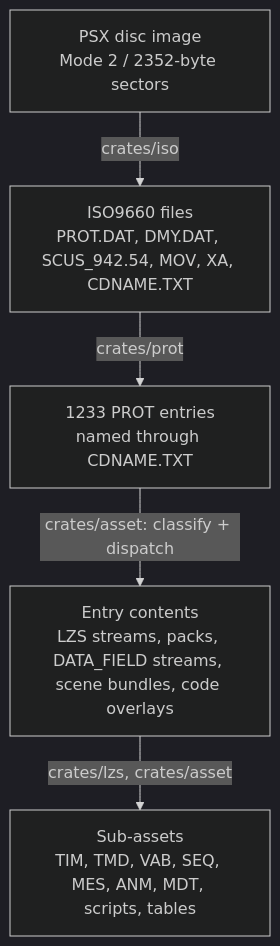
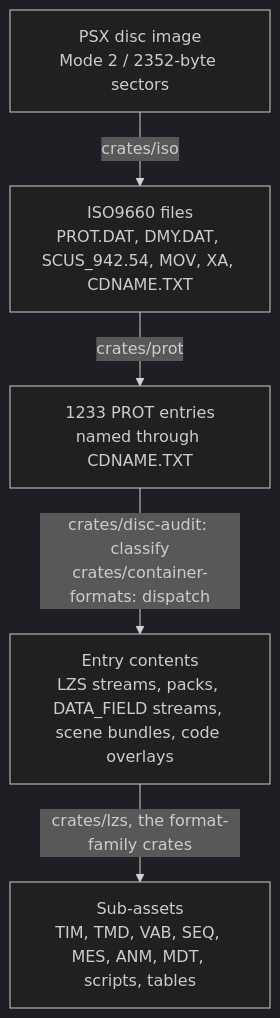
Before and after one commit to AndrewAltimit/legend-of-legaia-re: the first of 2 diagrams in docs/overview.md, drawn with Mermaid (dark theme). The commit also changed other lines of this file and 4273 other files, not shown here.

````diff
--- a/docs/overview.md
+++ b/docs/overview.md
@@ -22,13 +22,13 @@
 ```mermaid
 flowchart TD
     disc["PSX disc image<br/>Mode 2 / 2352-byte sectors"]
     files["ISO9660 files<br/>PROT.DAT, DMY.DAT, SCUS_942.54, MOV, XA, CDNAME.TXT"]
     entries["1233 PROT entries<br/>named through CDNAME.TXT"]
     contents["Entry contents<br/>LZS streams, packs, DATA_FIELD streams, scene bundles, code overlays"]
     subs["Sub-assets<br/>TIM, TMD, VAB, SEQ, MES, ANM, MDT, scripts, tables"]
 
     disc -- "crates/iso" --> files
     files -- "crates/prot" --> entries
-    entries -- "crates/asset: classify + dispatch" --> contents
-    contents -- "crates/lzs, crates/asset" --> subs
+    entries -- "crates/disc-audit: classify<br/>crates/container-formats: dispatch" --> contents
+    contents -- "crates/lzs, the format-family crates" --> subs
 ```
````
